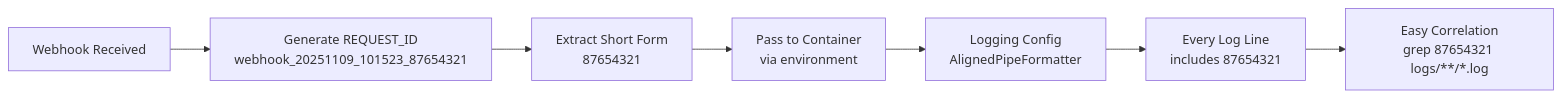
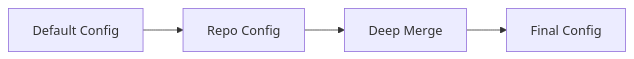
One commit to vigneshpalanivelr/commit-validator changed the fourth of 6 diagrams in ARCHITECTURE.md. Above: the diagram before and after it, drawn with Mermaid. The commit also changed other lines of this file and 7 other files, not shown here.

````diff
--- a/ARCHITECTURE.md
+++ b/ARCHITECTURE.md
@@ -1217,9 +186,6 @@
 ```mermaid
 flowchart LR
-    A[Webhook Received] --> B[Generate REQUEST_ID<br/>webhook_20251109_101523_87654321]
-    B --> C[Extract Short Form<br/>87654321]
-    C --> D[Pass to Container<br/>via environment]
-    D --> E[Logging Config<br/>AlignedPipeFormatter]
-    E --> F[Every Log Line<br/>includes 87654321]
-    F --> G[Easy Correlation<br/>grep 87654321 logs/**/*.log]
+    A[Default Config] --> B[Repo Config]
+    B --> C[Deep Merge]
+    C --> D[Final Config]
 ```
````
